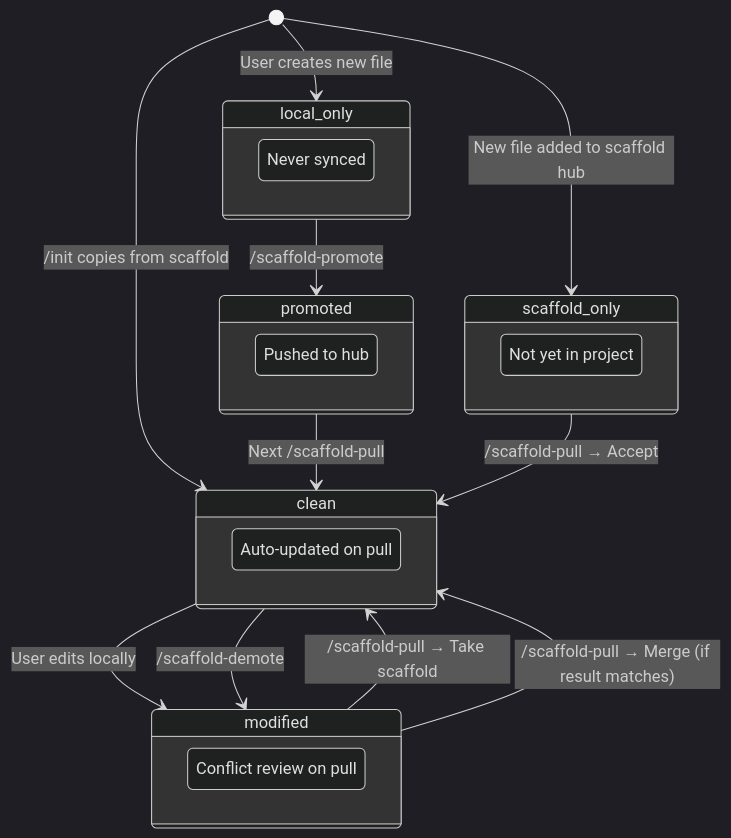
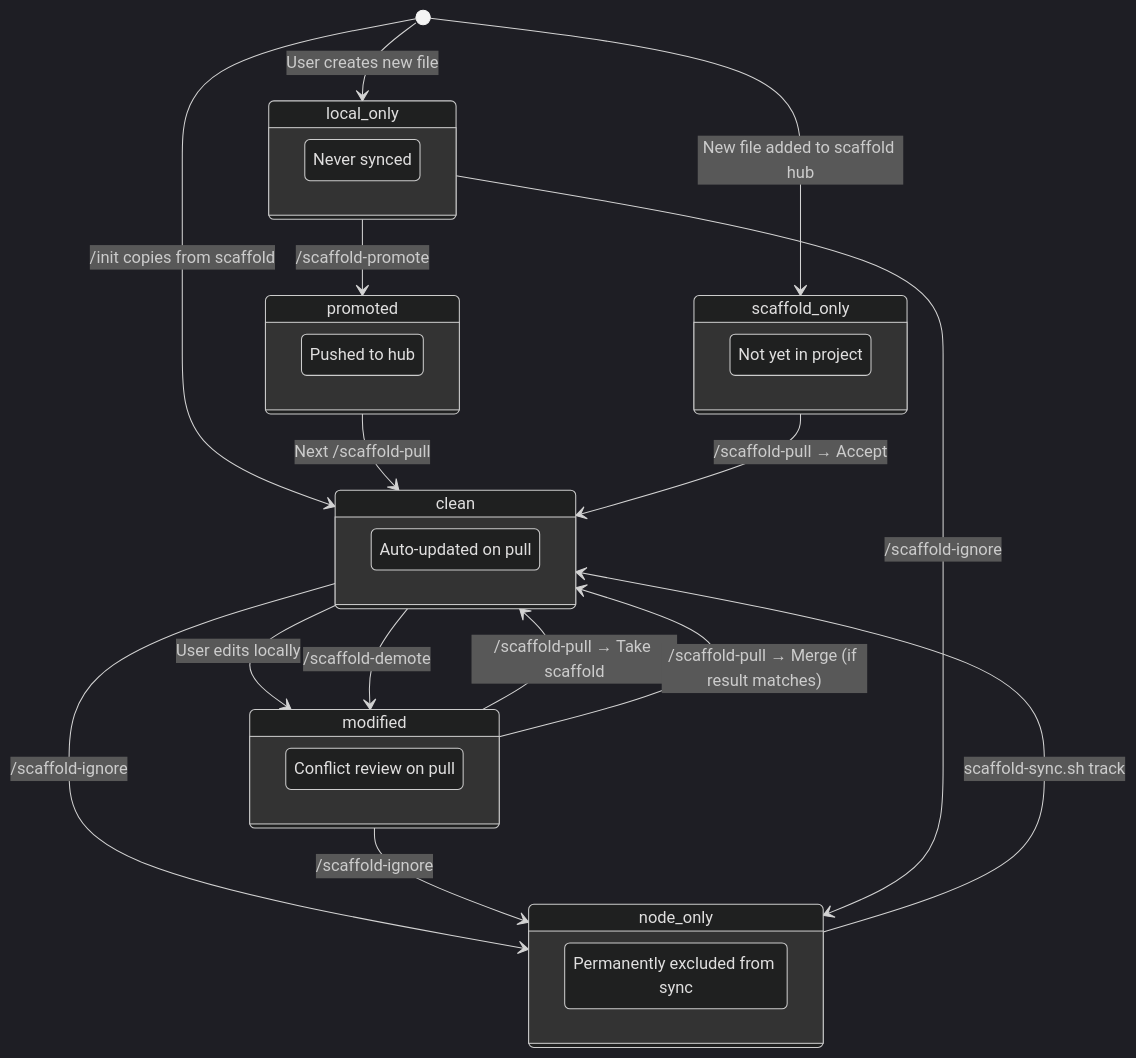
The eighth of 18 diagrams in GUIDE.md (goldhaxx/fucina), drawn with Mermaid (dark theme) before and after one commit. The commit also changed other lines of this file and 26 other files, not shown here.

````diff
--- a/GUIDE.md
+++ b/GUIDE.md
@@ -374,34 +374,42 @@
 ```mermaid
 stateDiagram-v2
     [*] --> clean: /init copies from scaffold
 
     clean --> modified: User edits locally
     clean --> modified: /scaffold-demote
 
     modified --> clean: /scaffold-pull → Take scaffold
     modified --> clean: /scaffold-pull → Merge (if result matches)
 
     [*] --> local_only: User creates new file
 
     local_only --> promoted: /scaffold-promote
     promoted --> clean: Next /scaffold-pull
 
     [*] --> scaffold_only: New file added to scaffold hub
     scaffold_only --> clean: /scaffold-pull → Accept
 
+    clean --> node_only: /scaffold-ignore
+    modified --> node_only: /scaffold-ignore
+    local_only --> node_only: /scaffold-ignore
+    node_only --> clean: scaffold-sync.sh track
+
     state clean {
         [*]: Auto-updated on pull
     }
     state modified {
         [*]: Conflict review on pull
     }
     state local_only {
         [*]: Never synced
     }
     state promoted {
         [*]: Pushed to hub
     }
     state scaffold_only {
         [*]: Not yet in project
     }
+    state node_only {
+        [*]: Permanently excluded from sync
+    }
 ```
````
